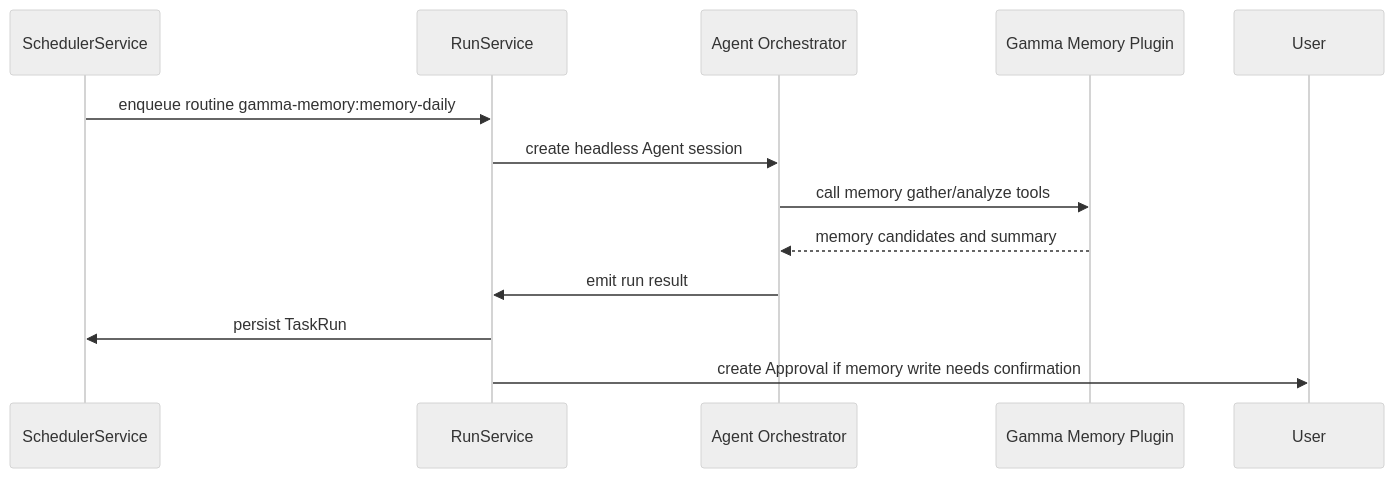
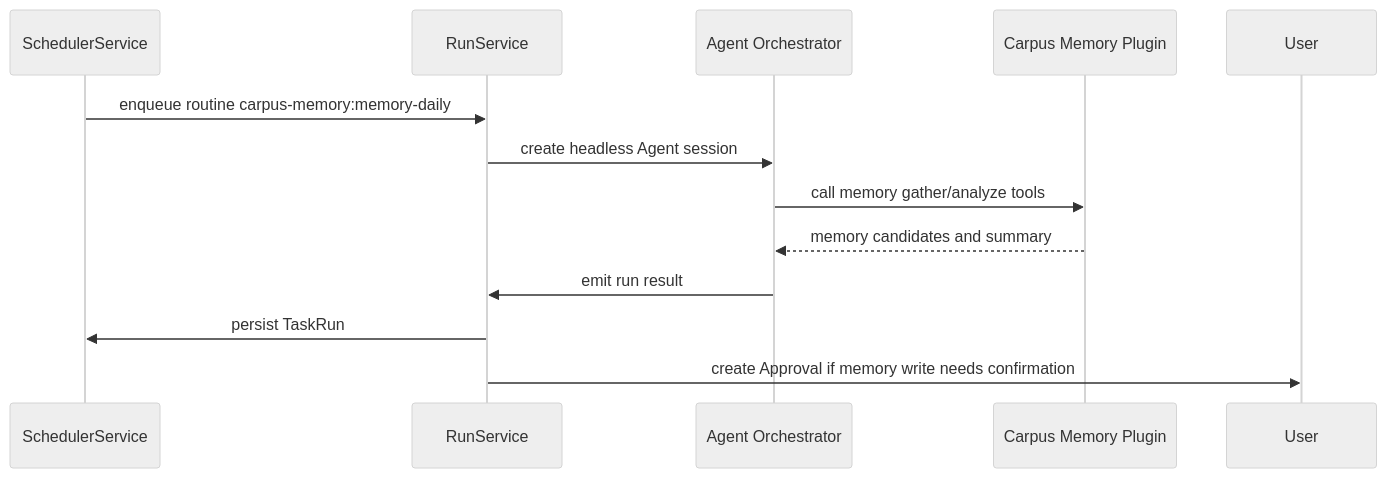
The third of 3 diagrams in docs/proactive-scheduler-monitor-design.md (xhslam/Gamma), drawn with Mermaid (neutral theme) before and after one commit. The commit also changed other lines of this file and 875 other files, not shown here.

First line of the commit message:
refactor: 全量品牌改名 Gamma → Carpus（阶段 1：代码、配置与文档）

````diff
--- a/docs/proactive-scheduler-monitor-design.md
+++ b/docs/proactive-scheduler-monitor-design.md
@@ -734,16 +734,16 @@
 ```mermaid
 sequenceDiagram
   participant S as SchedulerService
   participant R as RunService
   participant A as Agent Orchestrator
-  participant P as Gamma Memory Plugin
+  participant P as Carpus Memory Plugin
   participant U as User
 
-  S->>R: enqueue routine gamma-memory:memory-daily
+  S->>R: enqueue routine carpus-memory:memory-daily
   R->>A: create headless Agent session
   A->>P: call memory gather/analyze tools
   P-->>A: memory candidates and summary
   A->>R: emit run result
   R->>S: persist TaskRun
   R->>U: create Approval if memory write needs confirmation
 ```
````
